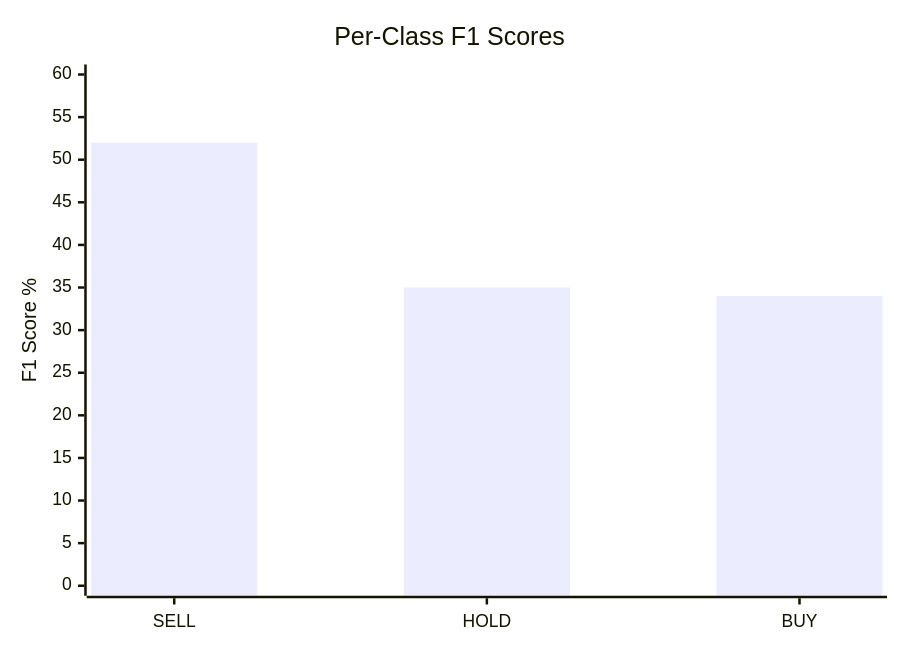
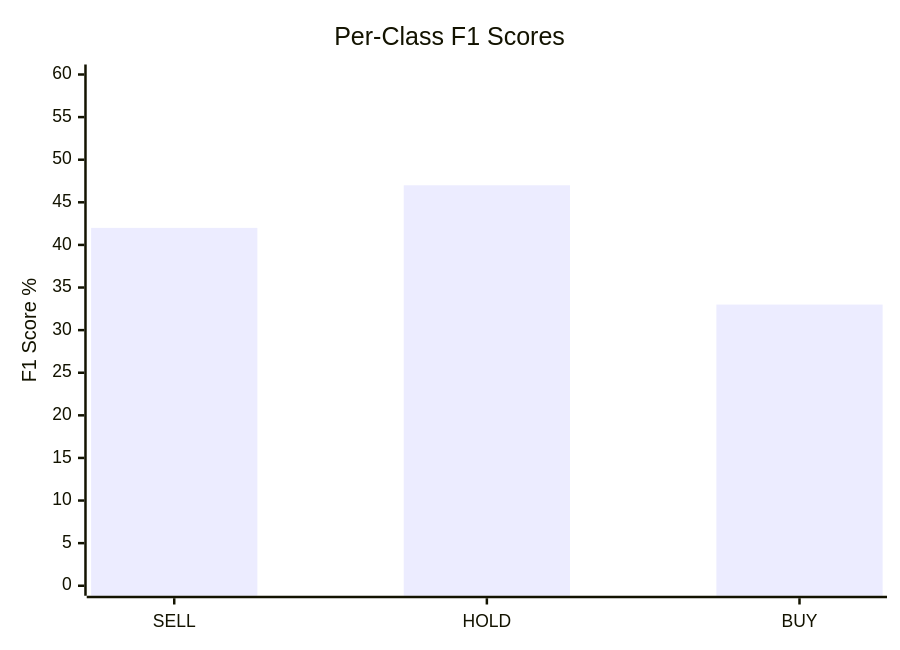
Before and after one commit to michaelzus/FinTweet-ML: the third of 7 diagrams in docs/RESULTS.md, drawn with Mermaid. The commit also changed other lines of this file and 2 other files, not shown here.

````diff
--- a/docs/RESULTS.md
+++ b/docs/RESULTS.md
@@ -97,7 +83,7 @@
 ```mermaid
 xychart-beta
     title "Per-Class F1 Scores"
     x-axis ["SELL", "HOLD", "BUY"]
     y-axis "F1 Score %" 0 --> 60
-    bar [52, 35, 34]
+    bar [42, 47, 33]
 ```
````
